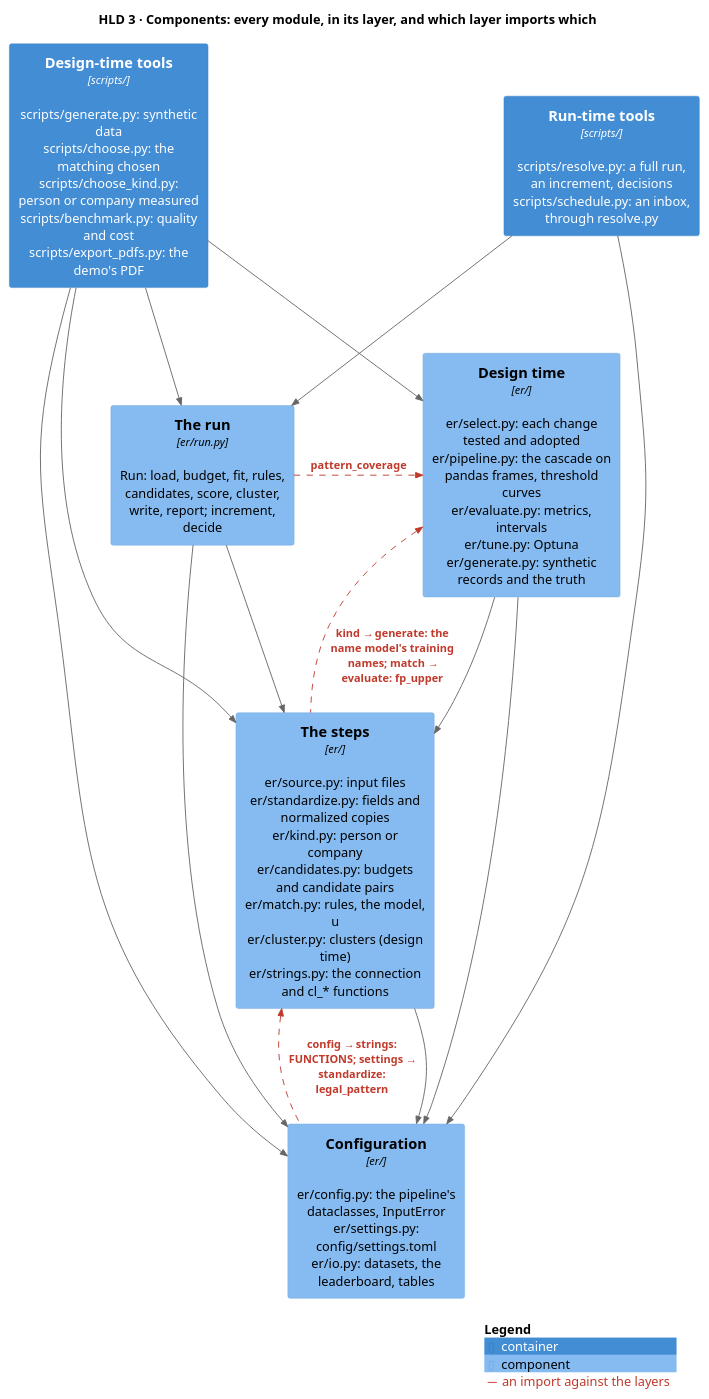
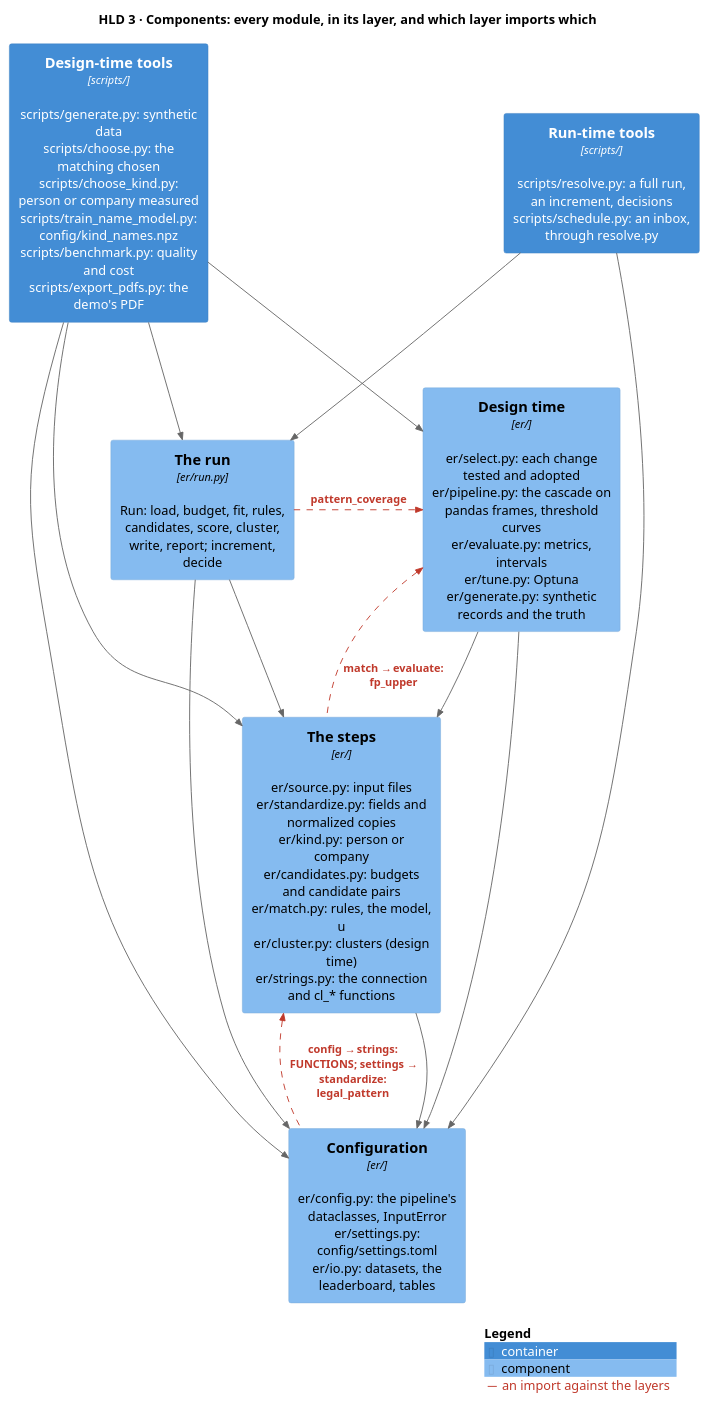
Before and after one commit to mvsbm/entity_matching: the diagram in docs/diagrams/components.puml, drawn with PlantUML. The commit also changed 22 other files, not shown here.

First line of the commit message:
The name model a design-time file a run only loads

```diff
--- a/docs/diagrams/components.puml
+++ b/docs/diagrams/components.puml
@@ -1,32 +1,32 @@
 @startuml components
 !include <C4/C4_Component>
 LAYOUT_TOP_DOWN()
 HIDE_STEREOTYPE()
 title HLD 3 · Components: every module, in its layer, and which layer imports which
 AddRelTag("against", $lineColor="#C0392B", $textColor="#C0392B", $lineStyle=DashedLine(), $legendText="an import against the layers")
 
 Container(tools_run, "Run-time tools", "scripts/", "scripts/resolve.py: a full run, an increment, decisions\nscripts/schedule.py: an inbox, through resolve.py")
-Container(tools_design, "Design-time tools", "scripts/", "scripts/generate.py: synthetic data\nscripts/choose.py: the matching chosen\nscripts/choose_kind.py: person or company measured\nscripts/benchmark.py: quality and cost\nscripts/export_pdfs.py: the demo's PDF")
+Container(tools_design, "Design-time tools", "scripts/", "scripts/generate.py: synthetic data\nscripts/choose.py: the matching chosen\nscripts/choose_kind.py: person or company measured\nscripts/train_name_model.py: config/kind_names.npz\nscripts/benchmark.py: quality and cost\nscripts/export_pdfs.py: the demo's PDF")
 
 Component(run, "The run", "er/run.py", "Run: load, budget, fit, rules, candidates, score, cluster, write, report; increment, decide")
 Component(design, "Design time", "er/", "er/select.py: each change tested and adopted\ner/pipeline.py: the cascade on pandas frames, threshold curves\ner/evaluate.py: metrics, intervals\ner/tune.py: Optuna\ner/generate.py: synthetic records and the truth")
 Component(steps, "The steps", "er/", "er/source.py: input files\ner/standardize.py: fields and normalized copies\ner/kind.py: person or company\ner/candidates.py: budgets and candidate pairs\ner/match.py: rules, the model, u\ner/cluster.py: clusters (design time)\ner/strings.py: the connection and cl_* functions")
 Component(configuration, "Configuration", "er/", "er/config.py: the pipeline's dataclasses, InputError\ner/settings.py: config/settings.toml\ner/io.py: datasets, the leaderboard, tables")
 
 Rel_D(tools_run, run, "")
 Rel_D(tools_run, configuration, "")
 Rel_D(tools_design, run, "")
 Rel_D(tools_design, design, "")
 Rel_D(tools_design, steps, "")
 Rel_D(tools_design, configuration, "")
 Rel_D(run, steps, "")
 Rel_D(run, configuration, "")
 Rel_D(design, steps, "")
 Rel_D(design, configuration, "")
 Rel_D(steps, configuration, "")
 Rel_R(run, design, "pattern_coverage", $tags="against")
-Rel_U(steps, design, "kind → generate: the name model's training names; match → evaluate: fp_upper", $tags="against")
+Rel_U(steps, design, "match → evaluate: fp_upper", $tags="against")
 Rel_U(configuration, steps, "config → strings: FUNCTIONS; settings → standardize: legal_pattern", $tags="against")
 
 SHOW_LEGEND()
 @enduml
```
